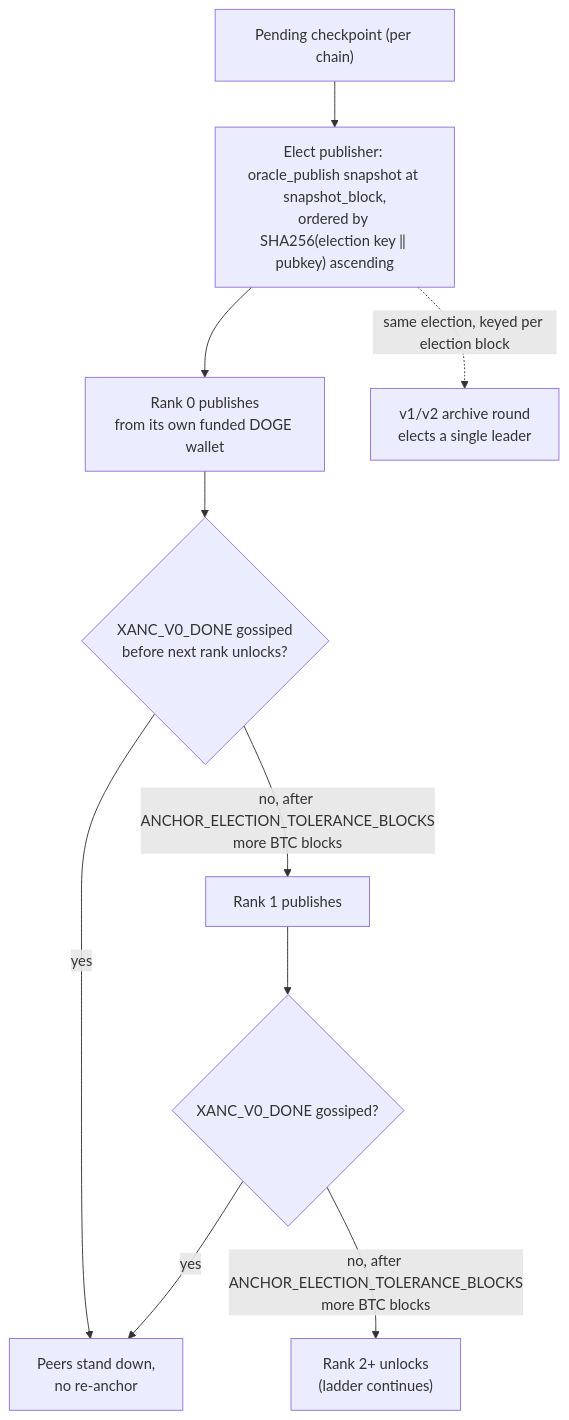
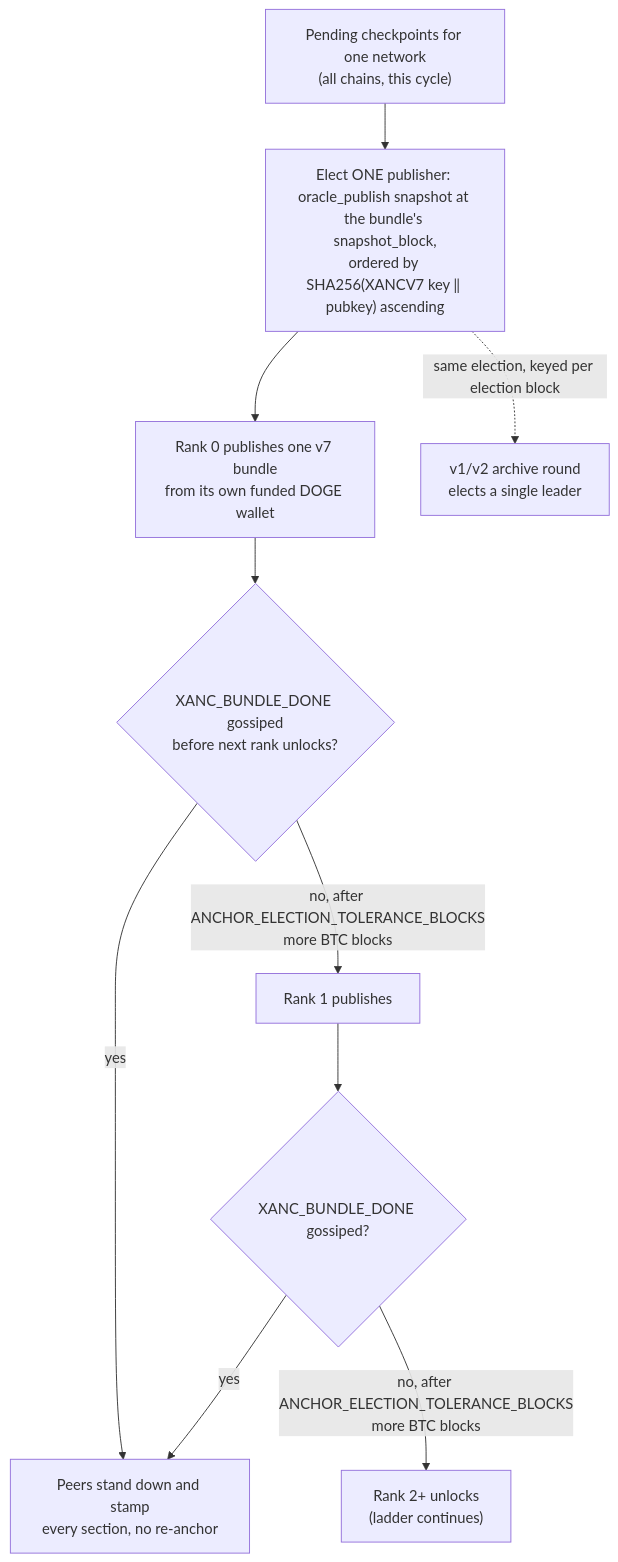
The second of 3 diagrams in protocol/actions/anchor.md (XChain-Platform/xchain-documentation), drawn with Mermaid before and after one commit. The commit also changed other lines of this file and 15 other files, not shown here.

First line of the commit message:
docs: ANCHOR v7, the per-network checkpoint bundle, replaces the per-chain anchor versions

````diff
--- a/protocol/actions/anchor.md
+++ b/protocol/actions/anchor.md
@@ -381,12 +409,12 @@
 ```mermaid
 flowchart TD
-    A["Pending checkpoint (per chain)"] --> B["Elect publisher: oracle_publish snapshot at snapshot_block,<br>ordered by SHA256(election key ‖ pubkey) ascending"]
-    B --> C["Rank 0 publishes<br>from its own funded DOGE wallet"]
+    A["Pending checkpoints for one network<br>(all chains, this cycle)"] --> B["Elect ONE publisher: oracle_publish snapshot at the bundle's snapshot_block,<br>ordered by SHA256(XANCV7 key ‖ pubkey) ascending"]
+    B --> C["Rank 0 publishes one v7 bundle<br>from its own funded DOGE wallet"]
     B -.->|"same election, keyed per election block"| I["v1/v2 archive round<br>elects a single leader"]
-    C --> D{"XANC_V0_DONE gossiped<br>before next rank unlocks?"}
-    D -->|"yes"| E["Peers stand down,<br>no re-anchor"]
+    C --> D{"XANC_BUNDLE_DONE gossiped<br>before next rank unlocks?"}
+    D -->|"yes"| E["Peers stand down and stamp<br>every section, no re-anchor"]
     D -->|"no, after ANCHOR_ELECTION_TOLERANCE_BLOCKS<br>more BTC blocks"| F["Rank 1 publishes"]
-    F --> G{"XANC_V0_DONE gossiped?"}
+    F --> G{"XANC_BUNDLE_DONE gossiped?"}
     G -->|"yes"| E
     G -->|"no, after ANCHOR_ELECTION_TOLERANCE_BLOCKS<br>more BTC blocks"| H["Rank 2+ unlocks<br>(ladder continues)"]
 ```
````
